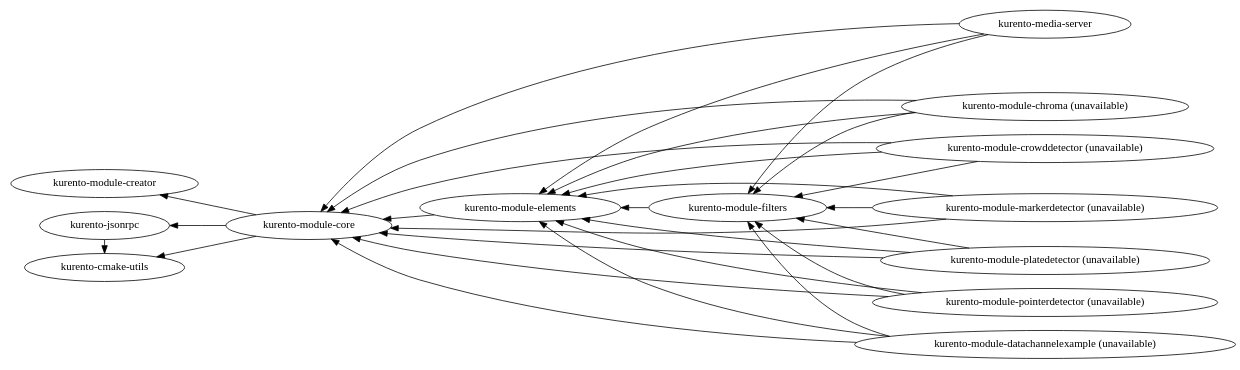
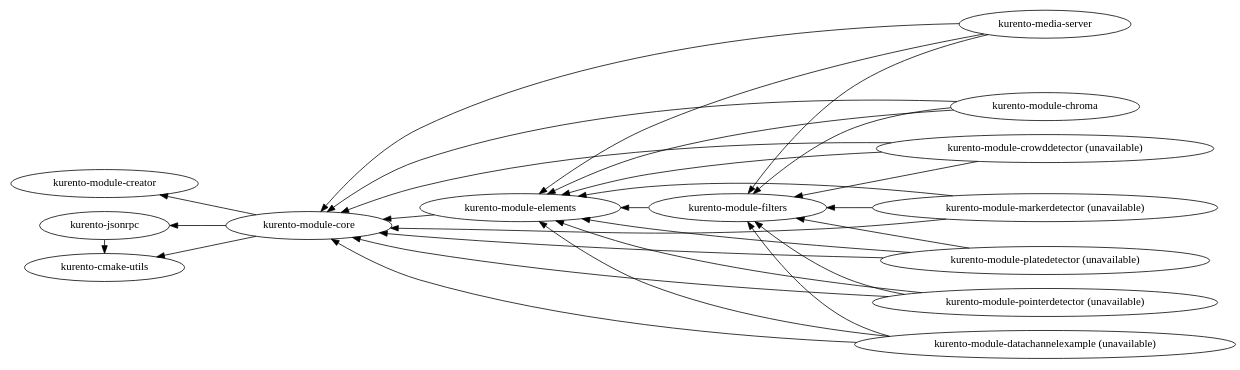
One commit to Kurento/kurento changed the diagram in doc-kurento/source/images/graphs/dependencies-media-server.dot. Above: the diagram before and after it, drawn with Graphviz. The commit also changed 20 other files, not shown here.

```diff
--- a/doc-kurento/source/images/graphs/dependencies-media-server.dot
+++ b/doc-kurento/source/images/graphs/dependencies-media-server.dot
@@ -1,30 +1,31 @@
 digraph dependencies_media_server {
   bgcolor = "transparent";
   fontname = "Bitstream Vera Sans";
   fontsize = 8;
   size = "12,8";
 
   rankdir = "RL";
 
   // Main components.
   {
     rank = "same";
     "kurento-module-creator";
     "kurento-cmake-utils";
     "kurento-jsonrpc";
   }
   "kurento-jsonrpc" -> "kurento-cmake-utils";
   "kurento-module-core" -> {"kurento-module-creator" "kurento-cmake-utils" "kurento-jsonrpc"};
   "kurento-module-elements" -> "kurento-module-core";
   "kurento-module-filters" -> "kurento-module-elements";
   "kurento-media-server" -> {"kurento-module-core" "kurento-module-elements" "kurento-module-filters"};
 
   // Example plugins.
+  "kurento-module-chroma" -> {"kurento-module-core" "kurento-module-elements" "kurento-module-filters"};
+
   // Build disabled on Ubuntu >= 20.04 (due to breaking changes in OpenCV 4.0).
-  "kurento-module-chroma (unavailable)" -> {"kurento-module-core" "kurento-module-elements" "kurento-module-filters"};
   "kurento-module-crowddetector (unavailable)" -> {"kurento-module-core" "kurento-module-elements" "kurento-module-filters"};
   "kurento-module-datachannelexample (unavailable)" -> {"kurento-module-core" "kurento-module-elements" "kurento-module-filters"};
   "kurento-module-markerdetector (unavailable)" -> {"kurento-module-core" "kurento-module-elements" "kurento-module-filters"};
   "kurento-module-platedetector (unavailable)" -> {"kurento-module-core" "kurento-module-elements" "kurento-module-filters"};
   "kurento-module-pointerdetector (unavailable)" -> {"kurento-module-core" "kurento-module-elements" "kurento-module-filters"};
 }
```
